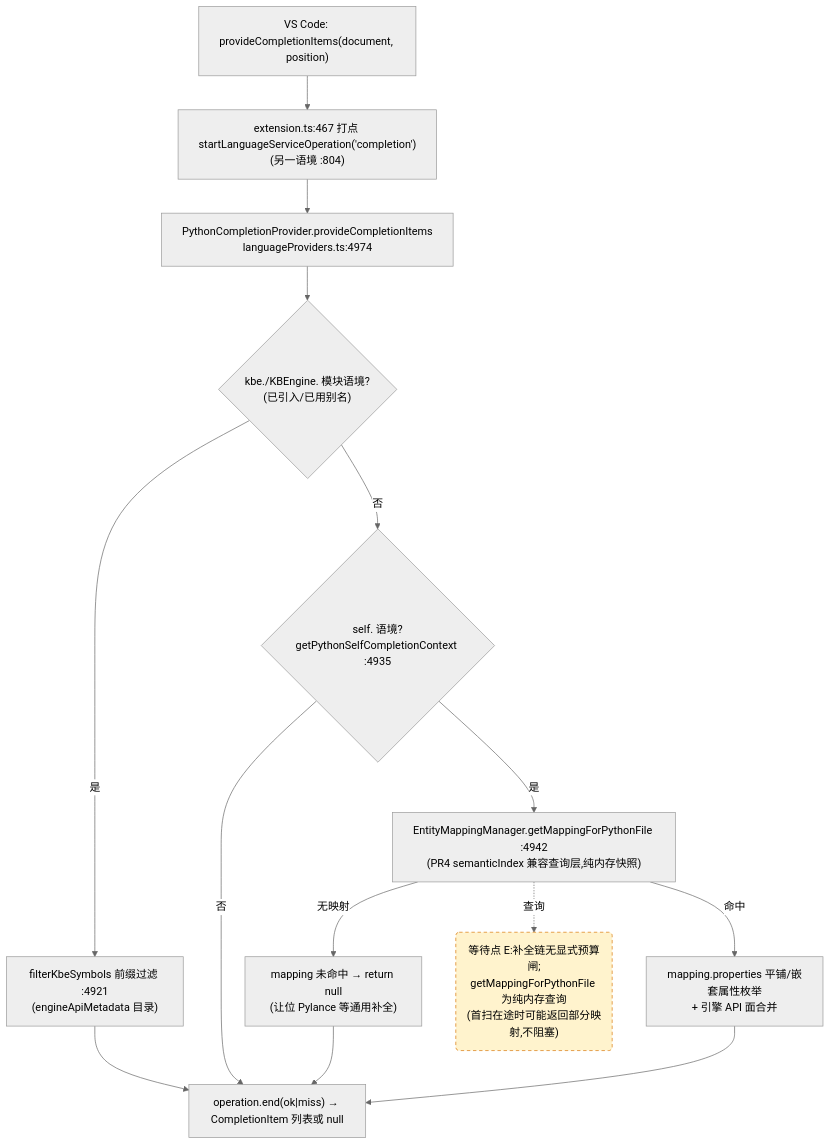
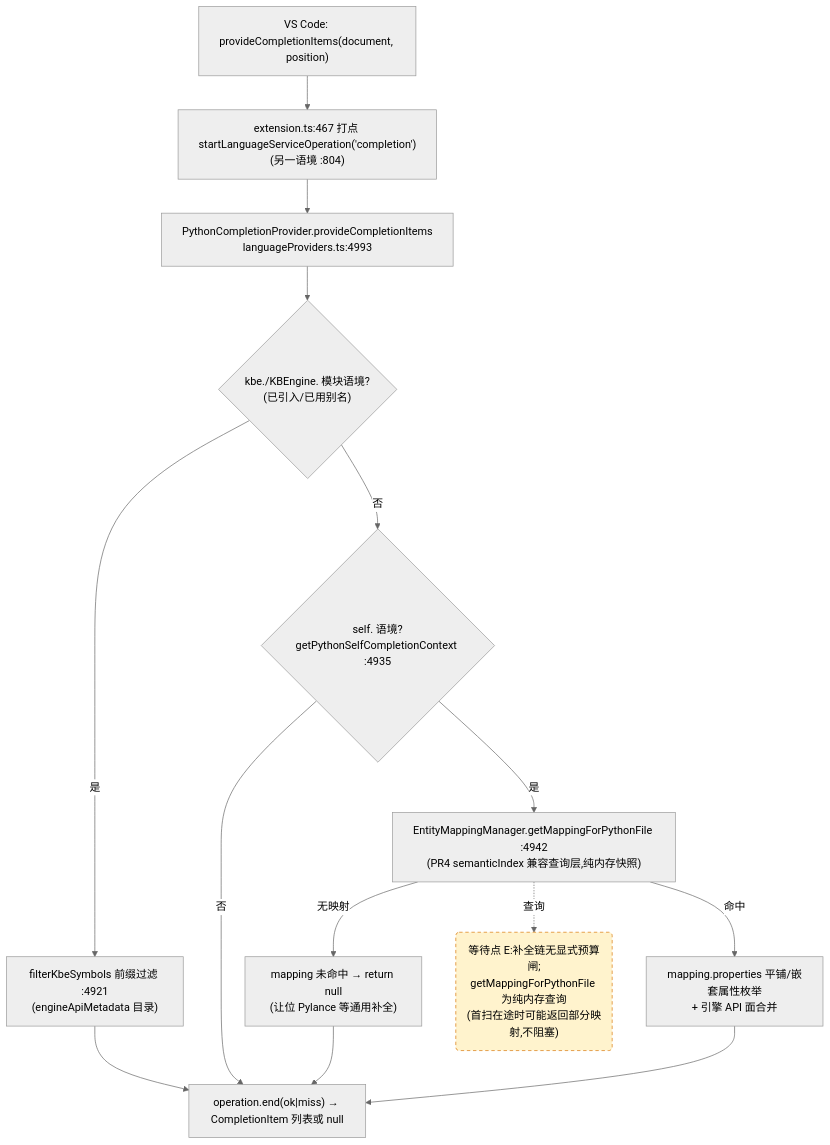
One commit to cuihairu/kode changed the third of 4 diagrams in docs/perf/2026-baseline.md. Above: the diagram before and after it, drawn with Mermaid (neutral theme). The commit also changed other lines of this file and 4 other files, not shown here.

````diff
--- a/docs/perf/2026-baseline.md
+++ b/docs/perf/2026-baseline.md
@@ -184,27 +184,27 @@
 ```mermaid
 flowchart TD
   VC3["VS Code: provideCompletionItems(document, position)"]
   M3["extension.ts:467 打点 startLanguageServiceOperation('completion')<br/>(另一语境 :804)"]
-  CP["PythonCompletionProvider.provideCompletionItems<br/>languageProviders.ts:4974"]
+  CP["PythonCompletionProvider.provideCompletionItems<br/>languageProviders.ts:4993"]
   KBEC{"kbe./KBEngine. 模块语境?<br/>(已引入/已用别名)"}
   FILTER["filterKbeSymbols 前缀过滤 :4921<br/>(engineApiMetadata 目录)"]
   SELFC{"self. 语境?<br/>getPythonSelfCompletionContext :4935"}
   MAP["EntityMappingManager.getMappingForPythonFile :4942<br/>(PR4 semanticIndex 兼容查询层,纯内存快照)"]
   NOMAP["mapping 未命中 → return null<br/>(让位 Pylance 等通用补全)"]
   PROPS["mapping.properties 平铺/嵌套属性枚举<br/>+ 引擎 API 面合并"]
   END3["operation.end(ok|miss) → CompletionItem 列表或 null"]
 
   VC3 --> M3 --> CP --> KBEC
   KBEC -- "是" --> FILTER --> END3
   KBEC -- "否" --> SELFC
   SELFC -- "否" --> END3
   SELFC -- "是" --> MAP
   MAP -- "无映射" --> NOMAP --> END3
   MAP -- "命中" --> PROPS --> END3
 
   WAITE("等待点 E:补全链无显式预算闸;<br/>getMappingForPythonFile 为纯内存查询<br/>(首扫在途时可能返回部分映射,不阻塞)")
   MAP -.->|查询| WAITE
 
   classDef waitPoint fill:#fff3cd,stroke:#d97706,stroke-dasharray:5 4;
   class WAITE waitPoint;
 ```
````
